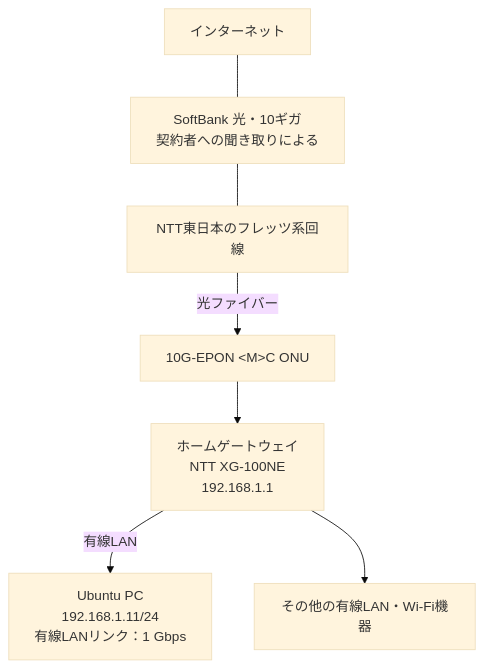
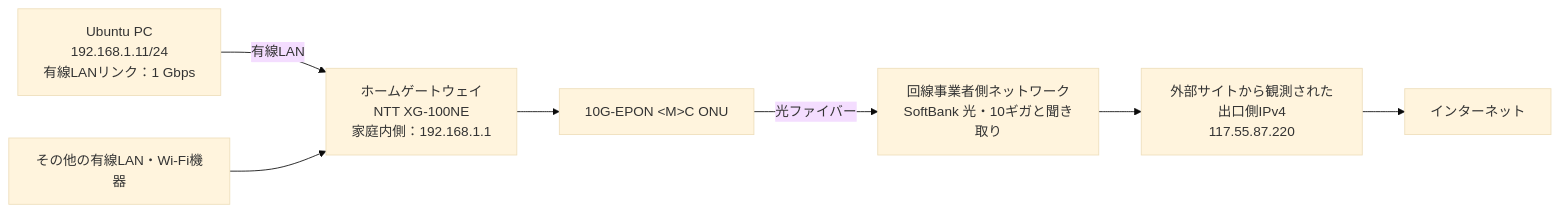
The diagram in network/home_network.md (Sugitaku1020/study-log), drawn with Mermaid (base theme) before and after one commit. The commit also changed other lines of this file, not shown here.

````diff
--- a/network/home_network.md
+++ b/network/home_network.md
@@ -83,17 +74,17 @@
 ```mermaid
-flowchart TD
+flowchart LR
+    PC["Ubuntu PC<br>192.168.1.11/24<br>有線LANリンク：1 Gbps"]
+    Router["ホームゲートウェイ<br>NTT XG-100NE<br>家庭内側：192.168.1.1"]
+    ONU["10G-EPON &lt;M&gt;C ONU"]
+    Provider["回線事業者側ネットワーク<br>SoftBank 光・10ギガと聞き取り"]
+    Public["外部サイトから観測された出口側IPv4<br>117.55.87.220"]
     Internet["インターネット"]
-    Service["SoftBank 光・10ギガ<br>契約者への聞き取りによる"]
-    Line["NTT東日本のフレッツ系回線"]
-    ONU["10G-EPON &lt;M&gt;C ONU"]
-    Router["ホームゲートウェイ<br>NTT XG-100NE<br>192.168.1.1"]
-    PC["Ubuntu PC<br>192.168.1.11/24<br>有線LANリンク：1 Gbps"]
     Other["その他の有線LAN・Wi-Fi機器"]
 
-    Internet --- Service
-    Service --- Line
-    Line -->|"光ファイバー"| ONU
-    ONU --> Router
-    Router -->|"有線LAN"| PC
-    Router --> Other
+    PC -->|"有線LAN"| Router
+    Other --> Router
+    Router --> ONU
+    ONU -->|"光ファイバー"| Provider
+    Provider --> Public
+    Public --> Internet
 ```
````
